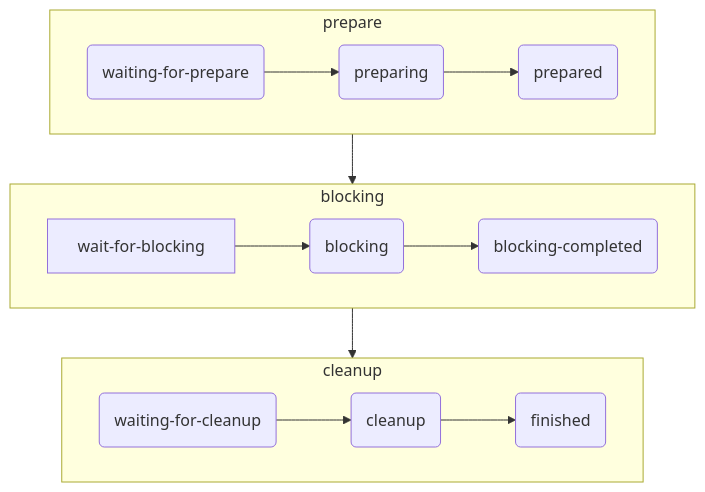
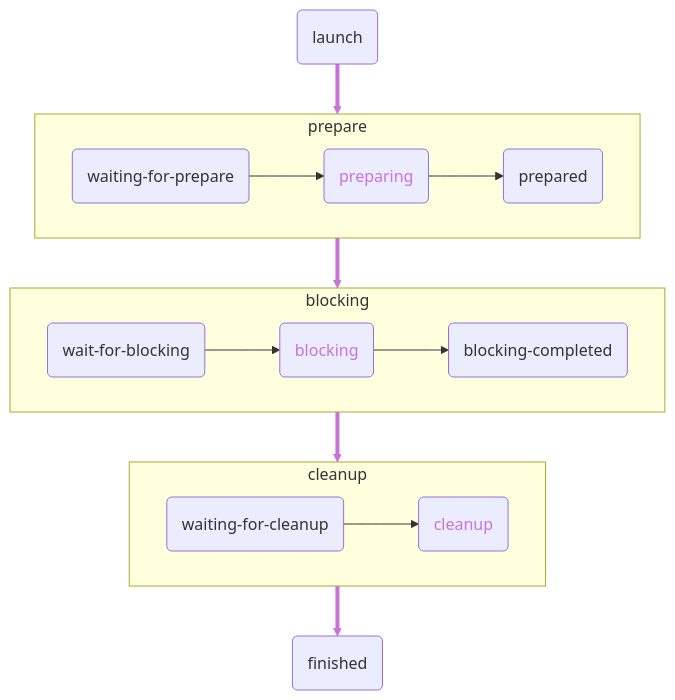
Before and after one commit to GraiaProject/Document: the diagram in docs/other/launart/index.md, drawn with Mermaid. The commit also changed other lines of this file, not shown here.

Commit message:
complete launart lifetime graph

````diff
--- a/docs/other/launart/index.md
+++ b/docs/other/launart/index.md
@@ -64,17 +70,29 @@
 ```mermaid
 flowchart TB
+    classDef Control color:#c973d9;
+    Launch(launch)
+    PrePrep(waiting-for-prepare)
+    Prep(preparing)
+    PostPerp(prepared)
+    PreBlock(wait-for-blocking)
+    Block(blocking)
+    PostBlock(blocking-completed)
+    PreCleanup(waiting-for-cleanup)
+    Cleanup(cleanup)
+    Finished(finished)
     subgraph prepare
-    A(waiting-for-prepare) --> B(preparing)
-    B --> C(prepared)
+    PrePrep --> Prep:::Control --> PostPerp
     end
     subgraph blocking
-    M[wait-for-blocking] --> D(blocking)
-    D --> E(blocking-completed)
+    PreBlock --> Block:::Control --> PostBlock
     end
     subgraph cleanup
-    F(waiting-for-cleanup)
-    F --> G(cleanup)
-    G --> H(finished)
+    PreCleanup --> Cleanup:::Control
     end
-    prepare --> blocking --> cleanup
+    Launch --> prepare --> blocking --> cleanup --> Finished
+
+    linkStyle 5 stroke:#c973d9,stroke-width:4px;
+    linkStyle 6 stroke:#c973d9,stroke-width:4px;
+    linkStyle 7 stroke:#c973d9,stroke-width:4px;
+    linkStyle 8 stroke:#c973d9,stroke-width:4px;
 ```
````
